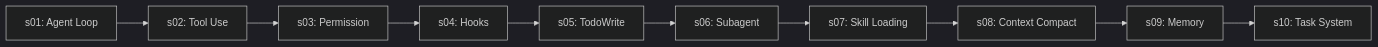
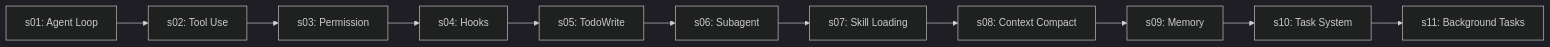
The diagram in README.md (lyq1119/deepseek-agent-tutorial), drawn with Mermaid (dark theme) before and after one commit. The commit also changed other lines of this file and 6 other files, not shown here.

Commit message:
Add DeepSeek s11 background tasks lesson

````diff
--- a/README.md
+++ b/README.md
@@ -89,12 +90,13 @@
 ```mermaid
 flowchart LR
     S01["s01: Agent Loop"] --> S02["s02: Tool Use"]
     S02 --> S03["s03: Permission"]
     S03 --> S04["s04: Hooks"]
     S04 --> S05["s05: TodoWrite"]
     S05 --> S06["s06: Subagent"]
     S06 --> S07["s07: Skill Loading"]
     S07 --> S08["s08: Context Compact"]
     S08 --> S09["s09: Memory"]
     S09 --> S10["s10: Task System"]
+    S10 --> S11["s11: Background Tasks"]
 ```
````
